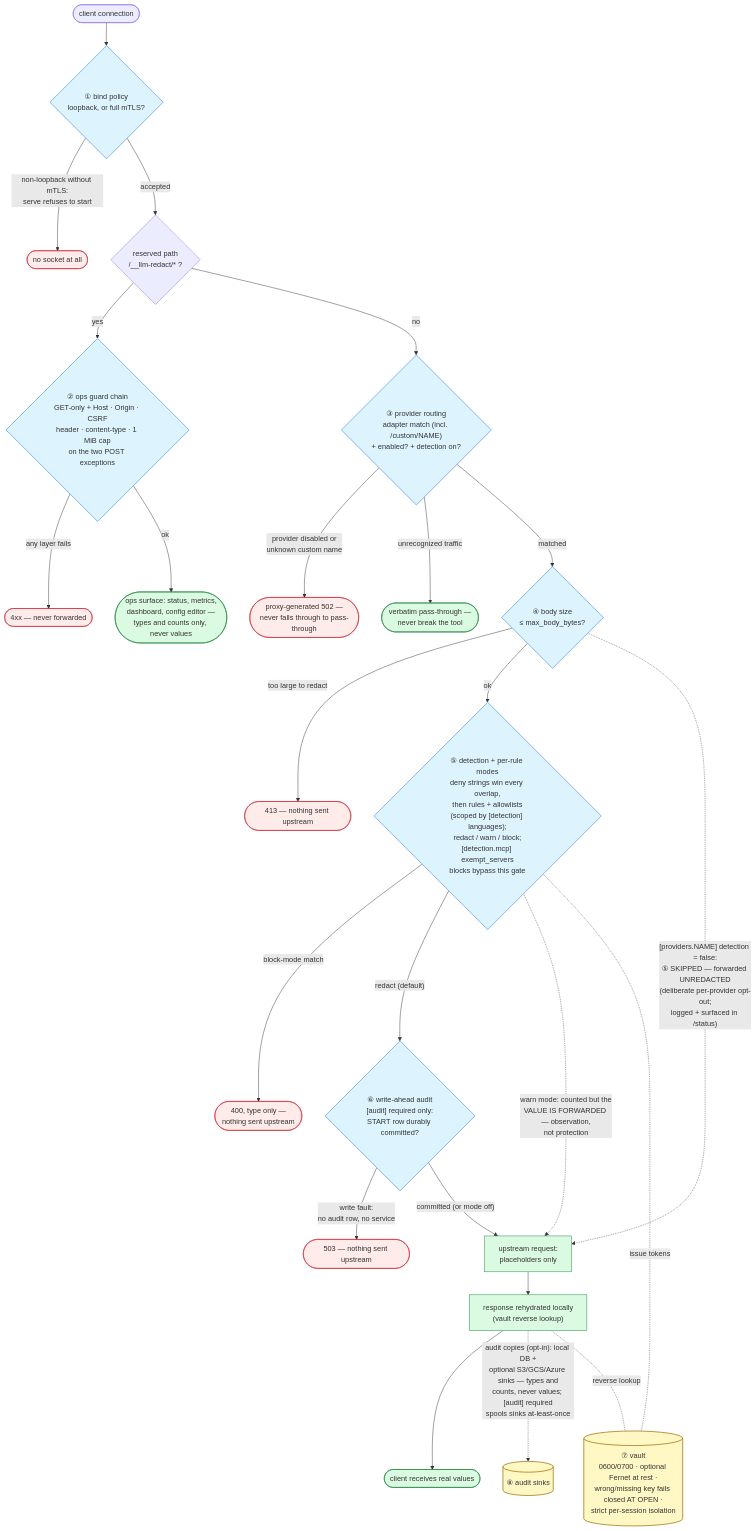
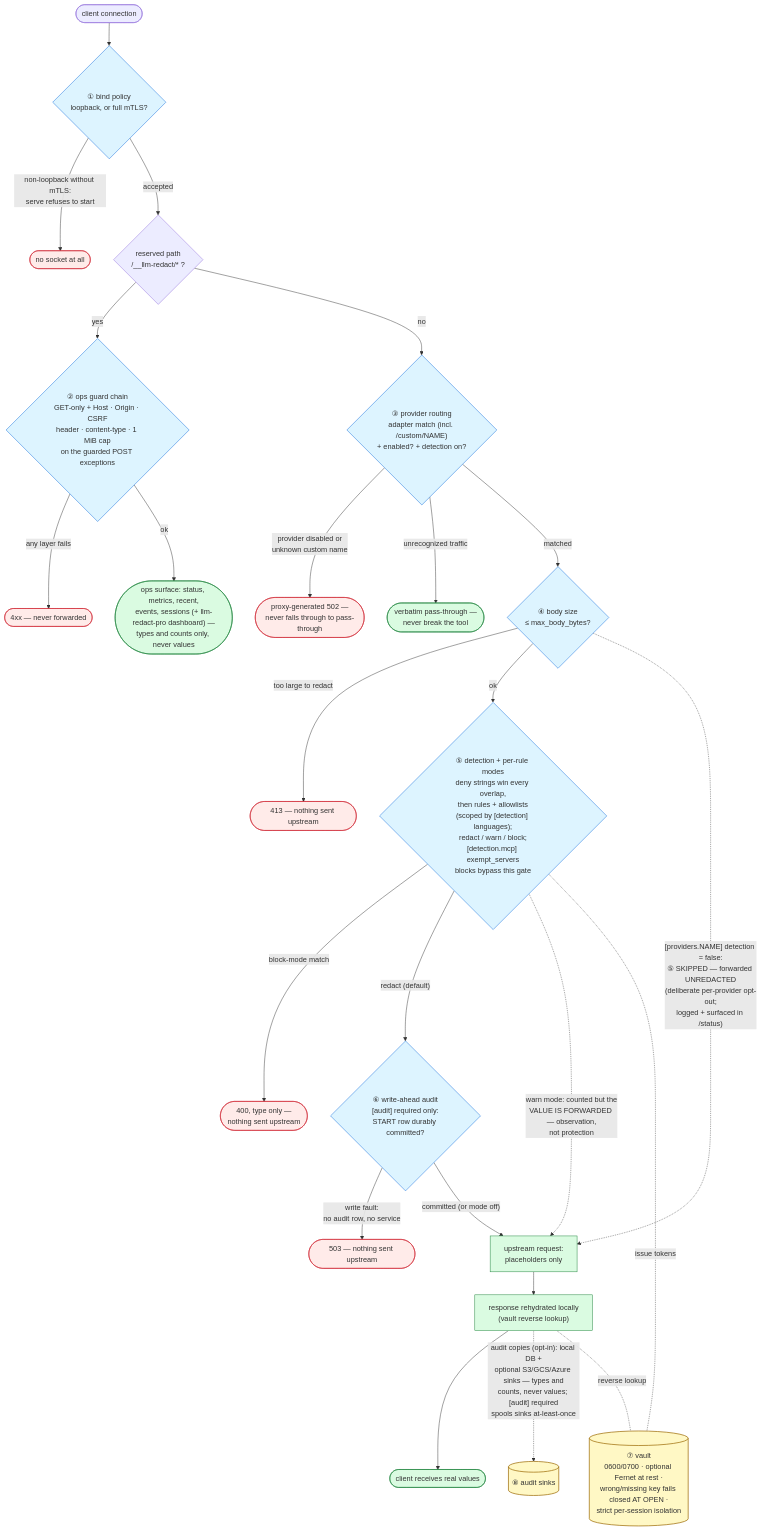
The diagram in docs/diagrams/security-gates.mmd (asanderson/llm-redact), drawn with Mermaid before and after one commit. The commit also changed 65 other files, not shown here.

```diff
--- a/docs/diagrams/security-gates.mmd
+++ b/docs/diagrams/security-gates.mmd
@@ -1,42 +1,42 @@
 %% Security-relevant data flow: every gate a request passes, what decides
 %% (PDP) and what enforces (PEP) at each one. Companion table with code
 %% references: docs/security-dataflows.md.
 %% Render: scripts/render_diagrams.sh (PNG committed next to this source).
 flowchart TB
     conn([client connection]) --> g1{"① bind policy<br/>loopback, or full mTLS?"}
     g1 -- "non-loopback without mTLS:<br/>serve refuses to start" --> r1([no socket at all])
     g1 -- accepted --> route{"reserved path<br/>/__llm-redact/* ?"}
 
-    route -- yes --> g2{"② ops guard chain<br/>GET-only + Host · Origin · CSRF<br/>header · content-type · 1 MiB cap<br/>on the two POST exceptions"}
+    route -- yes --> g2{"② ops guard chain<br/>GET-only + Host · Origin · CSRF<br/>header · content-type · 1 MiB cap<br/>on the guarded POST exceptions"}
     g2 -- any layer fails --> r2([4xx — never forwarded])
-    g2 -- ok --> ops([ops surface: status, metrics,<br/>dashboard, config editor —<br/>types and counts only, never values])
+    g2 -- ok --> ops(["ops surface: status, metrics, recent,<br/>events, sessions (+ llm-redact-pro dashboard) —<br/>types and counts only, never values"])
 
     route -- no --> g3{"③ provider routing<br/>adapter match (incl. /custom/NAME)<br/>+ enabled? + detection on?"}
     g3 -- "provider disabled or<br/>unknown custom name" --> r3([proxy-generated 502 —<br/>never falls through to pass-through])
     g3 -- "unrecognized traffic" --> pass([verbatim pass-through —<br/>never break the tool])
     g3 -- matched --> g4{"④ body size<br/>≤ max_body_bytes?"}
     g4 -- "too large to redact" --> r4([413 — nothing sent upstream])
     g4 -- ok --> g5{"⑤ detection + per-rule modes<br/>deny strings win every overlap,<br/>then rules + allowlists<br/>(scoped by [detection] languages);<br/>redact / warn / block;<br/>[detection.mcp] exempt_servers<br/>blocks bypass this gate"}
 
     g5 -- "block-mode match" --> r5([400, type only —<br/>nothing sent upstream])
     g5 -- "redact (default)" --> g6{"⑥ write-ahead audit<br/>[audit] required only:<br/>START row durably committed?"}
     g6 -- "write fault:<br/>no audit row, no service" --> r6([503 — nothing sent upstream])
     g6 -- "committed (or mode off)" --> up["upstream request:<br/>placeholders only"]
     g5 -. "warn mode: counted but the<br/>VALUE IS FORWARDED — observation,<br/>not protection" .-> up
     g4 -. "[providers.NAME] detection = false:<br/>⑤ SKIPPED — forwarded UNREDACTED<br/>(deliberate per-provider opt-out;<br/>logged + surfaced in /status)" .-> up
     up --> resp["response rehydrated locally<br/>(vault reverse lookup)"]
     resp --> out([client receives real values])
     resp -. "audit copies (opt-in): local DB +<br/>optional S3/GCS/Azure sinks — types and<br/>counts, never values; [audit] required<br/>spools sinks at-least-once" .-> sink[("⑧ audit sinks")]
 
     vault[("⑦ vault<br/>0600/0700 · optional Fernet at rest ·<br/>wrong/missing key fails closed AT OPEN ·<br/>strict per-session isolation")]
     g5 -. "issue tokens" .- vault
     resp -. "reverse lookup" .- vault
 
     classDef refuse fill:#ffebe9,stroke:#cf222e,stroke-width:1px;
     classDef gate fill:#ddf4ff,stroke:#0969da,stroke-width:1px;
     classDef okPath fill:#dafbe1,stroke:#1a7f37,stroke-width:1px;
     classDef vaultBox fill:#fff8c5,stroke:#9a6700,stroke-width:1.5px;
     class r1,r2,r3,r4,r5,r6 refuse;
     class g1,g2,g3,g4,g5,g6 gate;
     class up,resp,out,ops,pass okPath;
     class vault,sink vaultBox;
```
